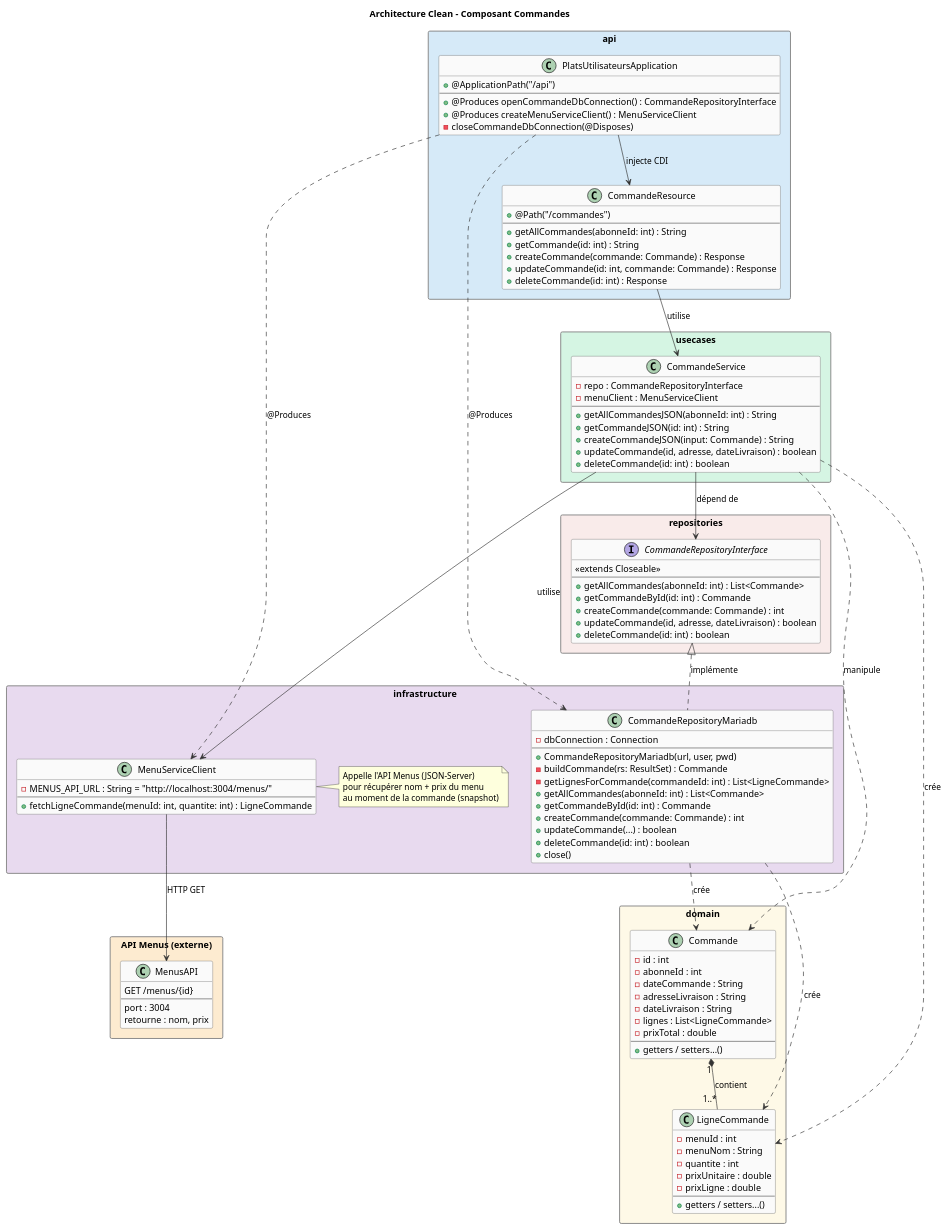
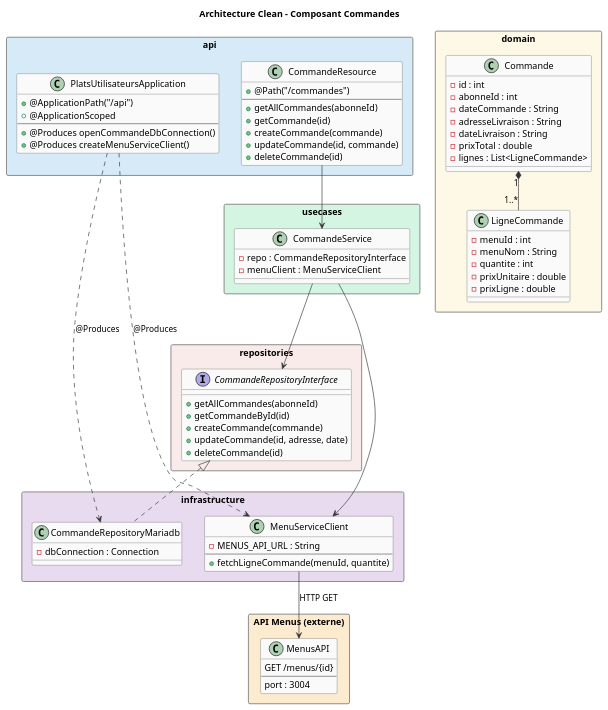
One commit to KAMARADemba/Projet-Microservices changed the diagram in Uml/Commandes/commandes.puml. Above: the diagram before and after it, drawn with PlantUML. The commit also changed 3 other files, not shown here.

```diff
--- a/Uml/Commandes/commandes.puml
+++ b/Uml/Commandes/commandes.puml
@@ -1,162 +1,106 @@
 @startuml Commandes - Clean Architecture
 
 skinparam packageStyle rectangle
 skinparam classBackgroundColor #FAFAFA
 skinparam classBorderColor #555555
 skinparam arrowColor #333333
 skinparam packageBorderColor #888888
-skinparam packageBackgroundColor #F0F0F0
 
 title Architecture Clean - Composant Commandes
 
-' =====================
-' COUCHE API (entrée HTTP)
-' =====================
 package "api" #D6EAF8 {
+
+    class PlatsUtilisateursApplication {
+        +@ApplicationPath("/api")
+        +@ApplicationScoped
+        --
+        +@Produces openCommandeDbConnection()
+        +@Produces createMenuServiceClient()
+    }
 
     class CommandeResource {
         +@Path("/commandes")
         --
-        +getAllCommandes(abonneId: int) : String
-        +getCommande(id: int) : String
-        +createCommande(commande: Commande) : Response
-        +updateCommande(id: int, commande: Commande) : Response
-        +deleteCommande(id: int) : Response
-    }
-
-    class PlatsUtilisateursApplication {
-        +@ApplicationPath("/api")
-        --
-        +@Produces openCommandeDbConnection() : CommandeRepositoryInterface
-        +@Produces createMenuServiceClient() : MenuServiceClient
-        -closeCommandeDbConnection(@Disposes)
+        +getAllCommandes(abonneId)
+        +getCommande(id)
+        +createCommande(commande)
+        +updateCommande(id, commande)
+        +deleteCommande(id)
     }
 }
 
-' =====================
-' COUCHE USECASES (logique métier)
-' =====================
 package "usecases" #D5F5E3 {
 
     class CommandeService {
         -repo : CommandeRepositoryInterface
         -menuClient : MenuServiceClient
-        --
-        +getAllCommandesJSON(abonneId: int) : String
-        +getCommandeJSON(id: int) : String
-        +createCommandeJSON(input: Commande) : String
-        +updateCommande(id, adresse, dateLivraison) : boolean
-        +deleteCommande(id: int) : boolean
     }
 }
 
-' =====================
-' COUCHE DOMAIN (entités métier)
-' =====================
 package "domain" #FEF9E7 {
 
     class Commande {
         -id : int
         -abonneId : int
         -dateCommande : String
         -adresseLivraison : String
         -dateLivraison : String
+        -prixTotal : double
         -lignes : List<LigneCommande>
-        -prixTotal : double
-        --
-        +getters / setters...()
     }
 
     class LigneCommande {
         -menuId : int
         -menuNom : String
         -quantite : int
         -prixUnitaire : double
         -prixLigne : double
-        --
-        +getters / setters...()
     }
 
-    Commande "1" *-- "1..*" LigneCommande : contient
+    Commande "1" *-- "1..*" LigneCommande
 }
 
-' =====================
-' COUCHE REPOSITORIES (interface)
-' =====================
 package "repositories" #F9EBEA {
 
     interface CommandeRepositoryInterface {
-        <<extends Closeable>>
-        --
-        +getAllCommandes(abonneId: int) : List<Commande>
-        +getCommandeById(id: int) : Commande
-        +createCommande(commande: Commande) : int
-        +updateCommande(id, adresse, dateLivraison) : boolean
-        +deleteCommande(id: int) : boolean
+        +getAllCommandes(abonneId)
+        +getCommandeById(id)
+        +createCommande(commande)
+        +updateCommande(id, adresse, date)
+        +deleteCommande(id)
     }
 }
 
-' =====================
-' COUCHE INFRASTRUCTURE (implémentation + client HTTP)
-' =====================
 package "infrastructure" #E8DAEF {
 
     class CommandeRepositoryMariadb {
         -dbConnection : Connection
-        --
-        +CommandeRepositoryMariadb(url, user, pwd)
-        -buildCommande(rs: ResultSet) : Commande
-        -getLignesForCommande(commandeId: int) : List<LigneCommande>
-        +getAllCommandes(abonneId: int) : List<Commande>
-        +getCommandeById(id: int) : Commande
-        +createCommande(commande: Commande) : int
-        +updateCommande(...) : boolean
-        +deleteCommande(id: int) : boolean
-        +close()
     }
 
     class MenuServiceClient {
-        -MENUS_API_URL : String = "http://localhost:3004/menus/"
+        -MENUS_API_URL : String
         --
-        +fetchLigneCommande(menuId: int, quantite: int) : LigneCommande
+        +fetchLigneCommande(menuId, quantite)
     }
-
-    note right of MenuServiceClient
-        Appelle l'API Menus (JSON-Server)
-        pour récupérer nom + prix du menu
-        au moment de la commande (snapshot)
-    end note
 }
 
-' =====================
-' API EXTERNE
-' =====================
 package "API Menus (externe)" #FDEBD0 {
     class MenusAPI {
         GET /menus/{id}
         --
         port : 3004
-        retourne : nom, prix
     }
 }
 
-' =====================
-' RELATIONS
-' =====================
-CommandeResource --> CommandeService : utilise
-CommandeService --> CommandeRepositoryInterface : dépend de
-CommandeService --> MenuServiceClient : utilise
-CommandeService ..> Commande : manipule
-CommandeService ..> LigneCommande : crée
+CommandeResource --> CommandeService
+CommandeService --> CommandeRepositoryInterface
+CommandeService --> MenuServiceClient
 
-CommandeRepositoryInterface <|.. CommandeRepositoryMariadb : implémente
-CommandeRepositoryMariadb ..> Commande : crée
-CommandeRepositoryMariadb ..> LigneCommande : crée
+CommandeRepositoryInterface <|.. CommandeRepositoryMariadb
 
 PlatsUtilisateursApplication ..> CommandeRepositoryMariadb : @Produces
 PlatsUtilisateursApplication ..> MenuServiceClient : @Produces
-PlatsUtilisateursApplication --> CommandeResource : injecte CDI
 
 MenuServiceClient --> MenusAPI : HTTP GET
 
 @enduml
```
